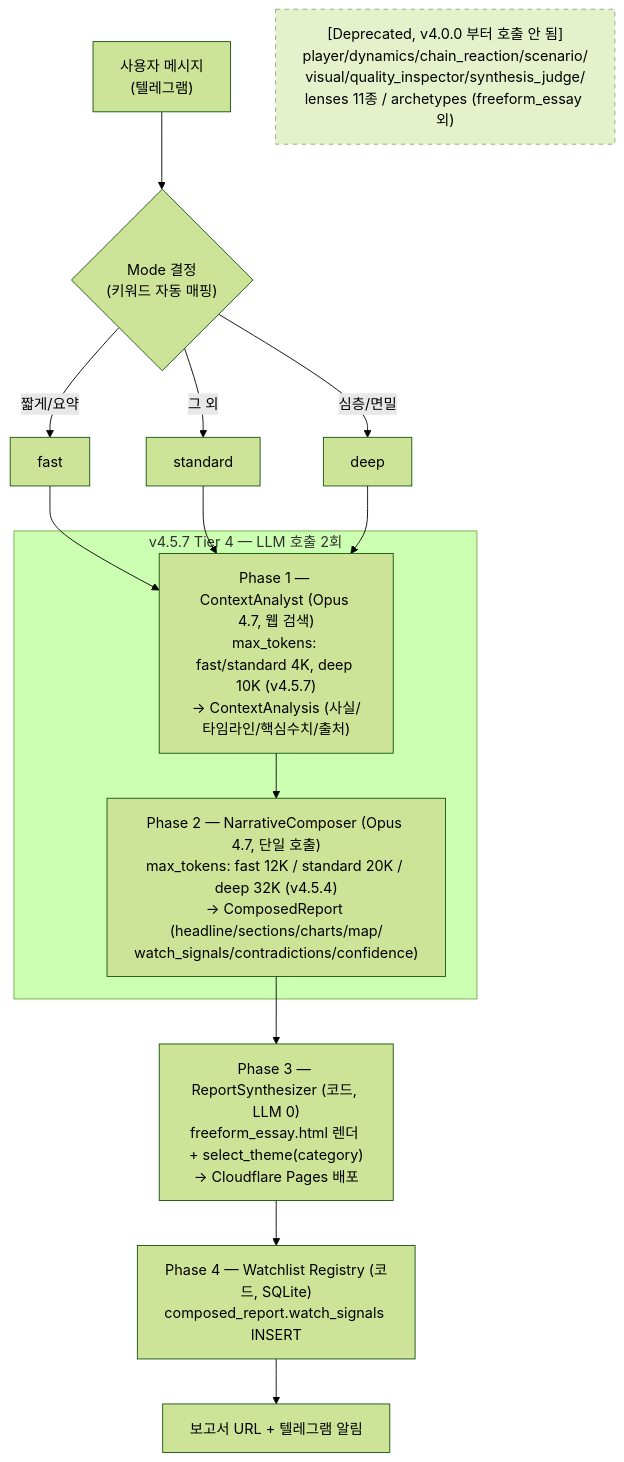
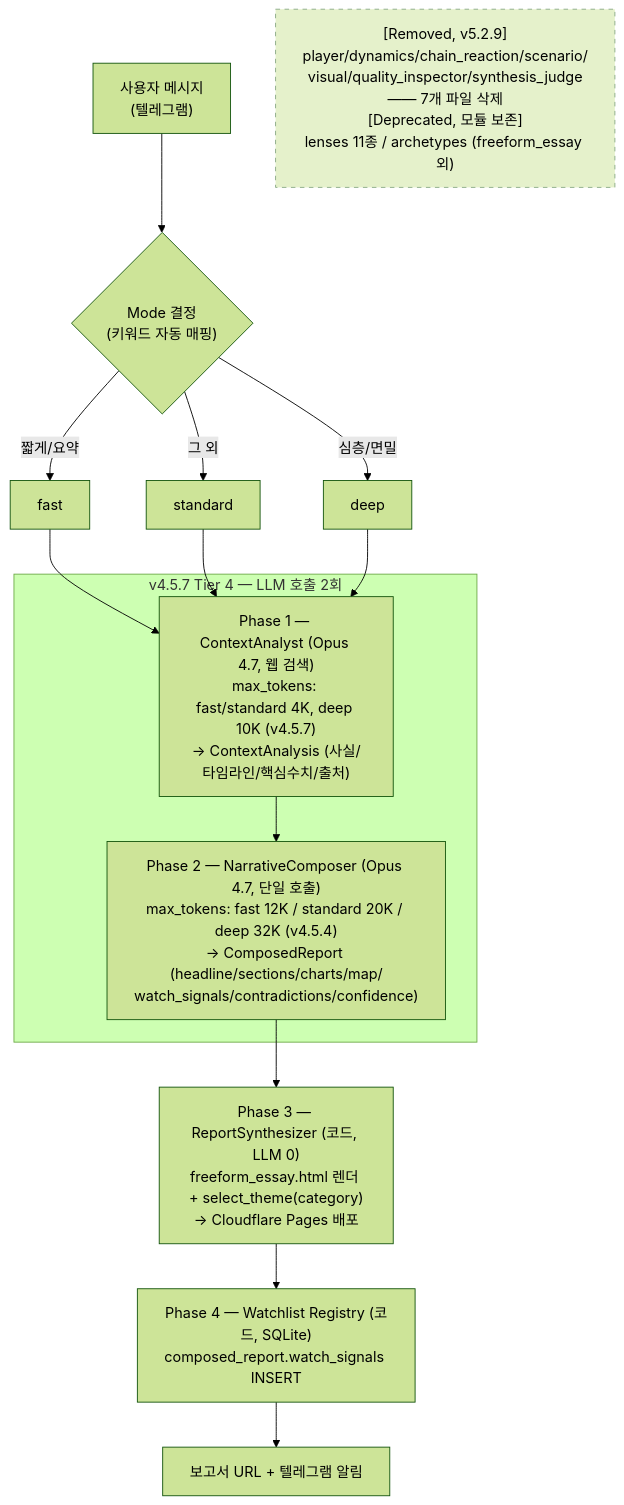
The first of 7 diagrams in docs/ARCHITECTURE.md (doroper98/agents_reviewer), drawn with Mermaid (forest theme) before and after one commit. The commit also changed other lines of this file and 25 other files, not shown here.

````diff
--- a/docs/ARCHITECTURE.md
+++ b/docs/ARCHITECTURE.md
@@ -34,24 +34,24 @@
 ```mermaid
 flowchart TD
     U["사용자 메시지<br/>(텔레그램)"] --> M{"Mode 결정<br/>(키워드 자동 매핑)"}
     M -->|"짧게/요약"| FAST["fast"]
     M -->|"심층/면밀"| DEEP["deep"]
     M -->|"그 외"| STD["standard"]
 
     FAST --> P1
     STD --> P1
     DEEP --> P1
 
     subgraph PIPELINE ["v4.5.7 Tier 4 — LLM 호출 2회"]
         P1["Phase 1 — ContextAnalyst (Opus 4.7, 웹 검색)<br/>max_tokens: fast/standard 4K, deep 10K (v4.5.7)<br/>→ ContextAnalysis (사실/타임라인/핵심수치/출처)"]
         P1 --> P2["Phase 2 — NarrativeComposer (Opus 4.7, 단일 호출)<br/>max_tokens: fast 12K / standard 20K / deep 32K (v4.5.4)<br/>→ ComposedReport (headline/sections/charts/map/<br/>watch_signals/contradictions/confidence)"]
     end
 
     P2 --> P3["Phase 3 — ReportSynthesizer (코드, LLM 0)<br/>freeform_essay.html 렌더 + select_theme(category)<br/>→ Cloudflare Pages 배포"]
     P3 --> P4["Phase 4 — Watchlist Registry (코드, SQLite)<br/>composed_report.watch_signals INSERT"]
     P4 --> OUT["보고서 URL + 텔레그램 알림"]
 
-    %% Deprecated 모듈은 호출 안 됨
-    DEPR["[Deprecated, v4.0.0 부터 호출 안 됨]<br/>player/dynamics/chain_reaction/scenario/<br/>visual/quality_inspector/synthesis_judge/<br/>lenses 11종 / archetypes (freeform_essay 외)"]
+    %% Deprecated / Removed 모듈
+    DEPR["[Removed, v5.2.9]<br/>player/dynamics/chain_reaction/scenario/<br/>visual/quality_inspector/synthesis_judge<br/>—— 7개 파일 삭제<br/>[Deprecated, 모듈 보존]<br/>lenses 11종 / archetypes (freeform_essay 외)"]
     style DEPR stroke-dasharray: 5 5,opacity:0.5
 ```
````
